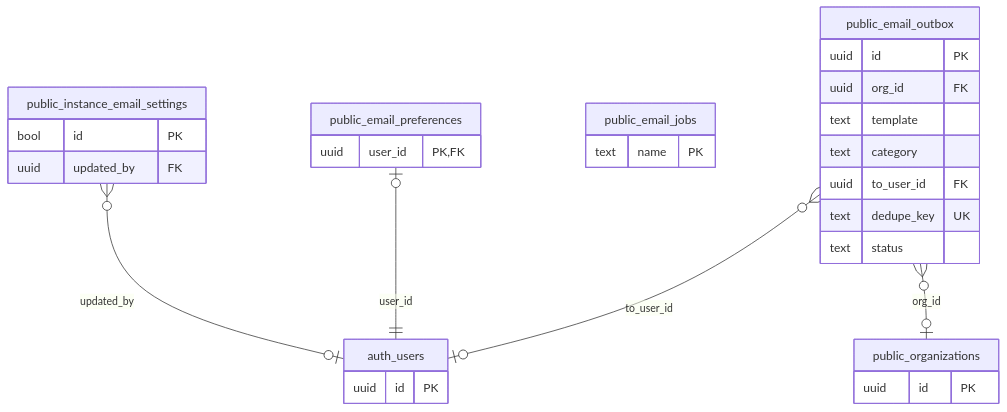
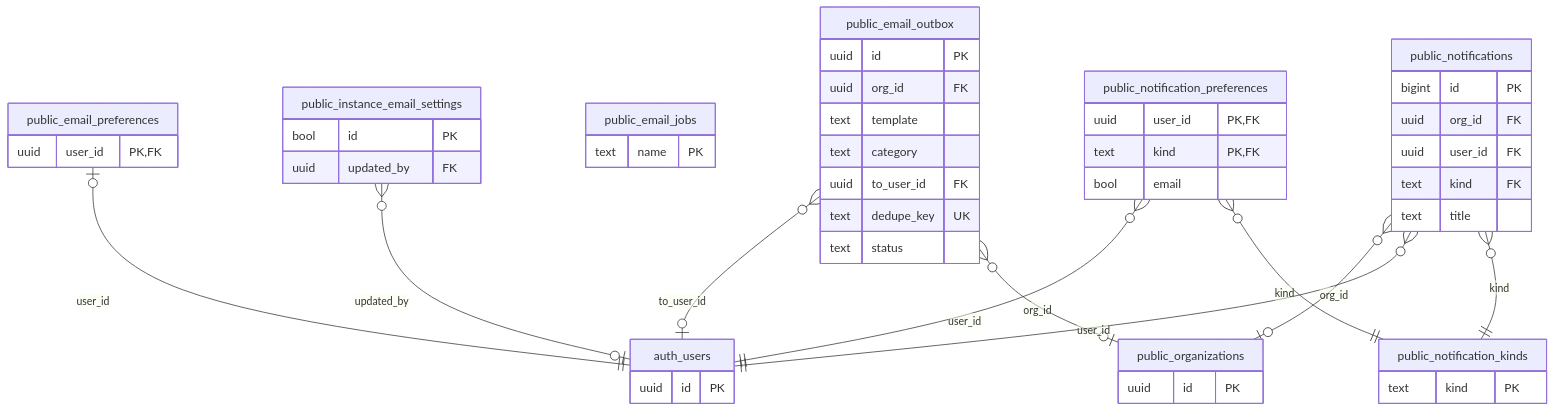
The seventh of 21 diagrams in docs/database-map.md (Nox-Mob/OpenAppHub), drawn with Mermaid before and after one commit. The commit also changed other lines of this file and 41 other files, not shown here.

````diff
--- a/docs/database-map.md
+++ b/docs/database-map.md
@@ -561,32 +567,52 @@
 ```mermaid
 erDiagram
     public_email_outbox {
         uuid id PK
         uuid org_id FK
         text template
         text category
         uuid to_user_id FK
         text dedupe_key UK
         text status
     }
     public_email_preferences {
         uuid user_id PK,FK
     }
     public_email_jobs {
         text name PK
     }
     public_instance_email_settings {
         bool id PK
         uuid updated_by FK
     }
+    public_notification_kinds {
+        text kind PK
+    }
+    public_notification_preferences {
+        uuid user_id PK,FK
+        text kind PK,FK
+        bool email
+    }
+    public_notifications {
+        bigint id PK
+        uuid org_id FK
+        uuid user_id FK
+        text kind FK
+        text title
+    }
     auth_users {
         uuid id PK
     }
     public_organizations {
         uuid id PK
     }
     public_email_outbox }o--o| auth_users : "to_user_id"
     public_email_outbox }o--o| public_organizations : "org_id"
     public_email_preferences |o--|| auth_users : "user_id"
     public_instance_email_settings }o--o| auth_users : "updated_by"
+    public_notification_preferences }o--|| auth_users : "user_id"
+    public_notification_preferences }o--|| public_notification_kinds : "kind"
+    public_notifications }o--o| public_organizations : "org_id"
+    public_notifications }o--|| auth_users : "user_id"
+    public_notifications }o--|| public_notification_kinds : "kind"
 ```
````
